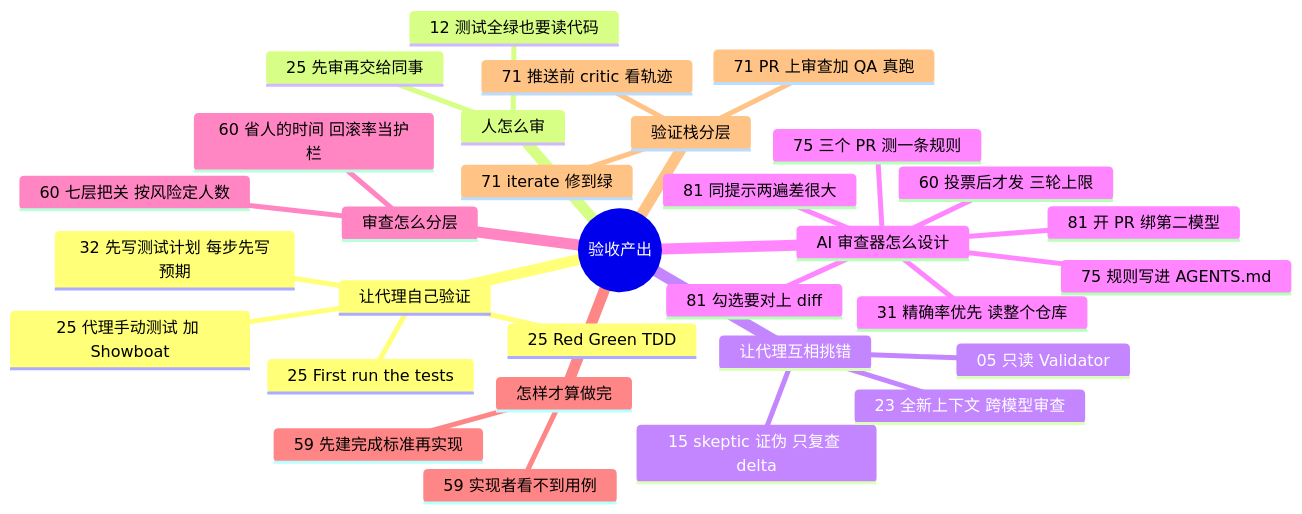
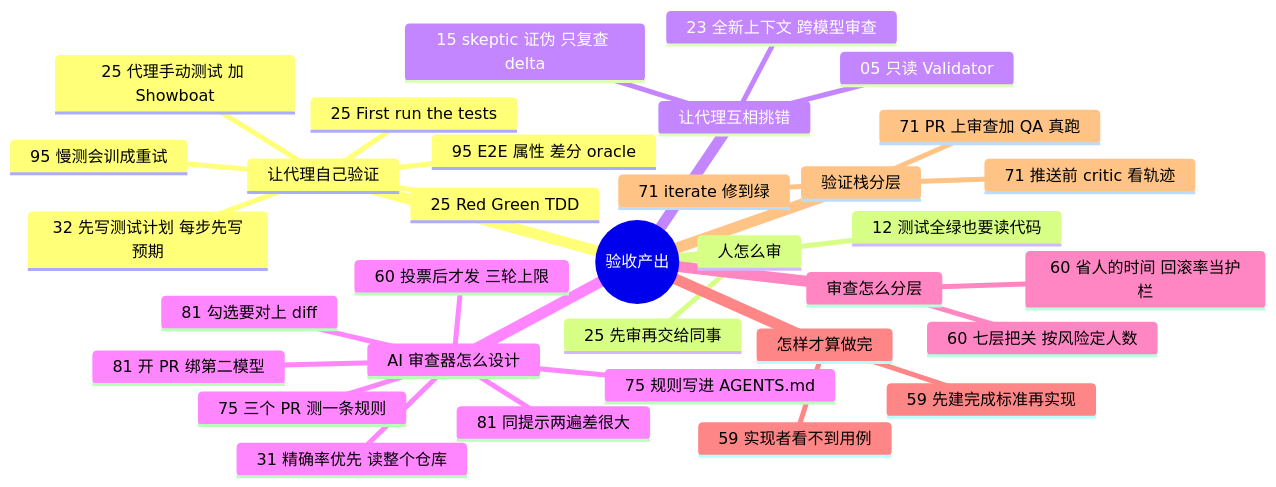
The diagram in docs/guide/review.md (yzw7489757/ai-coding-videos), drawn with Mermaid before and after one commit. The commit also changed other lines of this file and 17 other files, not shown here.

````diff
--- a/docs/guide/review.md
+++ b/docs/guide/review.md
@@ -15,34 +15,36 @@
 ```mermaid
 mindmap
   root((验收产出))
     让代理自己验证
+      95 E2E 属性 差分 oracle
+      95 慢测会训成重试
       25 Red Green TDD
       25 First run the tests
       25 代理手动测试 加 Showboat
       32 先写测试计划 每步先写预期
     人怎么审
       12 测试全绿也要读代码
       25 先审再交给同事
     让代理互相挑错
       15 skeptic 证伪 只复查 delta
       05 只读 Validator
       23 全新上下文 跨模型审查
     AI 审查器怎么设计
       31 精确率优先 读整个仓库
       60 投票后才发 三轮上限
       75 规则写进 AGENTS.md
       75 三个 PR 测一条规则
       81 同提示两遍差很大
       81 开 PR 绑第二模型
       81 勾选要对上 diff
     审查怎么分层
       60 七层把关 按风险定人数
       60 省人的时间 回滚率当护栏
     怎样才算做完
       59 先建完成标准再实现
       59 实现者看不到用例
     验证栈分层
       71 推送前 critic 看轨迹
       71 PR 上审查加 QA 真跑
       71 iterate 修到绿
 ```
````
